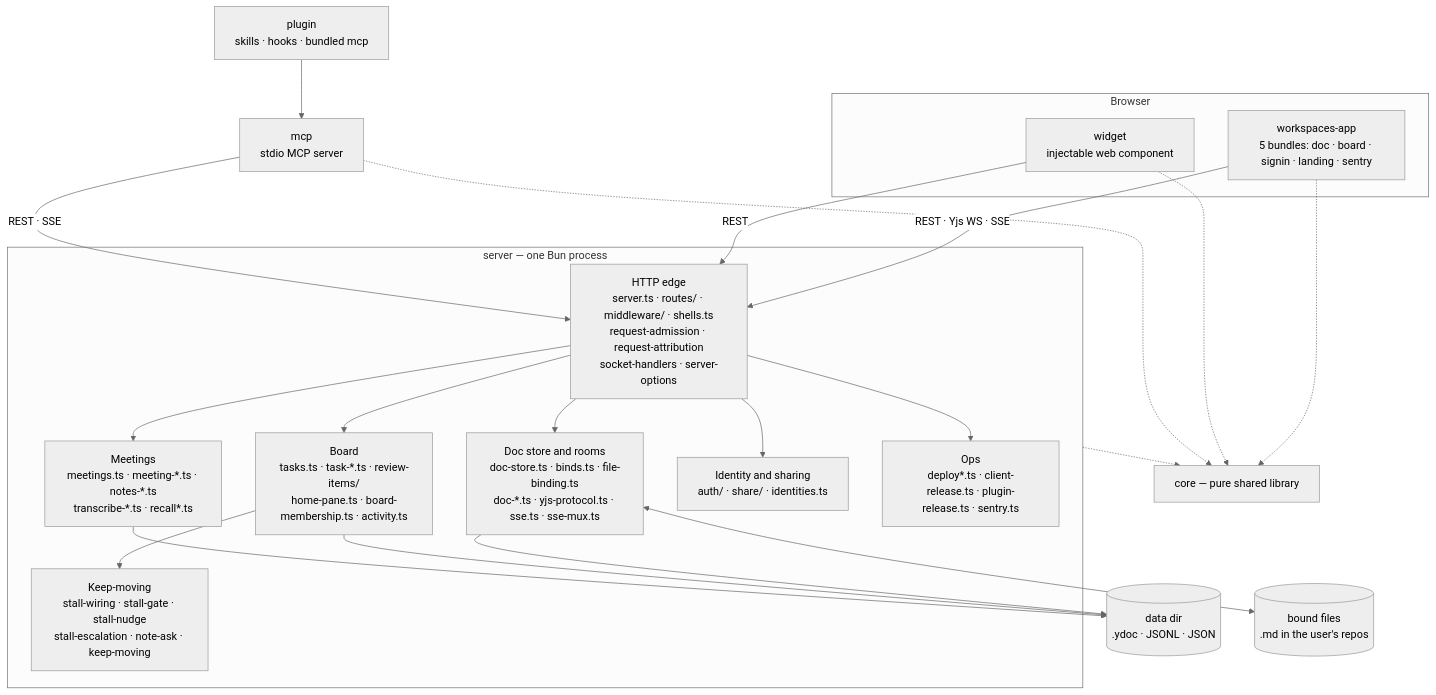
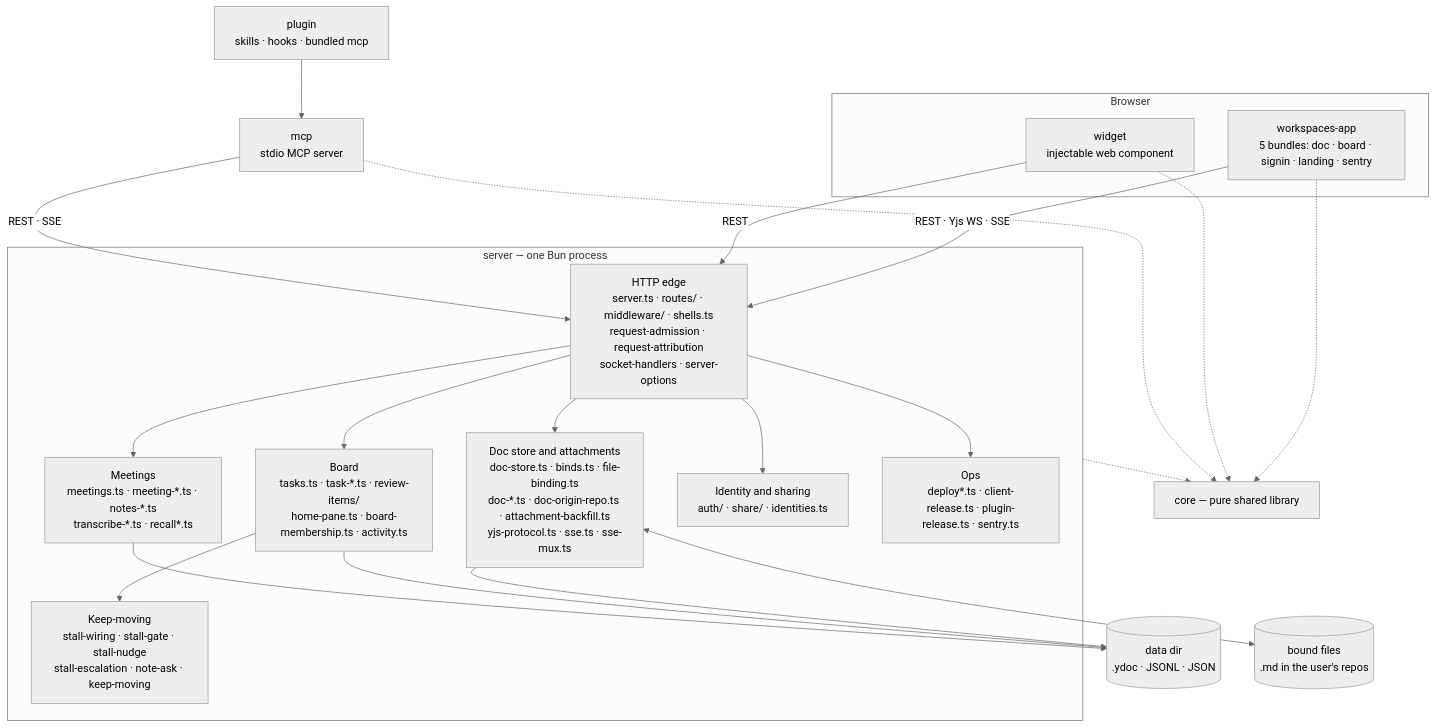
One commit to fryanpan/claude-live-feedback-plugin changed the first of 2 diagrams in docs/architecture/overview.md. Above: the diagram before and after it, drawn with Mermaid (neutral theme). The commit also changed other lines of this file and 1 other file, not shown here.

````diff
--- a/docs/architecture/overview.md
+++ b/docs/architecture/overview.md
@@ -11,32 +11,32 @@
 ```mermaid
 flowchart TB
   subgraph browser[Browser]
     app["workspaces-app<br/>5 bundles: doc · board · signin · landing · sentry"]
     wid["widget<br/>injectable web component"]
   end
   plug["plugin<br/>skills · hooks · bundled mcp"]
   mcp["mcp<br/>stdio MCP server"]
   subgraph srv["server — one Bun process"]
     edge["HTTP edge<br/>server.ts · routes/ · middleware/ · shells.ts<br/>request-admission · request-attribution<br/>socket-handlers · server-options"]
-    docs["Doc store and rooms<br/>doc-store.ts · binds.ts · file-binding.ts<br/>doc-*.ts · yjs-protocol.ts · sse.ts · sse-mux.ts"]
+    docs["Doc store and attachments<br/>doc-store.ts · binds.ts · file-binding.ts<br/>doc-*.ts · doc-origin-repo.ts · attachment-backfill.ts<br/>yjs-protocol.ts · sse.ts · sse-mux.ts"]
     board["Board<br/>tasks.ts · task-*.ts · review-items/<br/>home-pane.ts · board-membership.ts · activity.ts"]
     meet["Meetings<br/>meetings.ts · meeting-*.ts · notes-*.ts<br/>transcribe-*.ts · recall*.ts"]
     keep["Keep-moving<br/>stall-wiring · stall-gate · stall-nudge<br/>stall-escalation · note-ask · keep-moving"]
     ident["Identity and sharing<br/>auth/ · share/ · identities.ts"]
     ops["Ops<br/>deploy*.ts · client-release.ts · plugin-release.ts · sentry.ts"]
   end
   core["core — pure shared library"]
   disk[("data dir<br/>.ydoc · JSONL · JSON")]
   files[("bound files<br/>.md in the user's repos")]
 
   app -->|"REST · Yjs WS · SSE"| edge
   wid -->|REST| edge
   plug --> mcp
   mcp -->|"REST · SSE"| edge
   edge --> docs & board & meet & ident & ops
   board --> keep
   docs <--> files
   docs & board & meet --> disk
   app & wid & mcp -.-> core
   srv -.-> core
 ```
````
